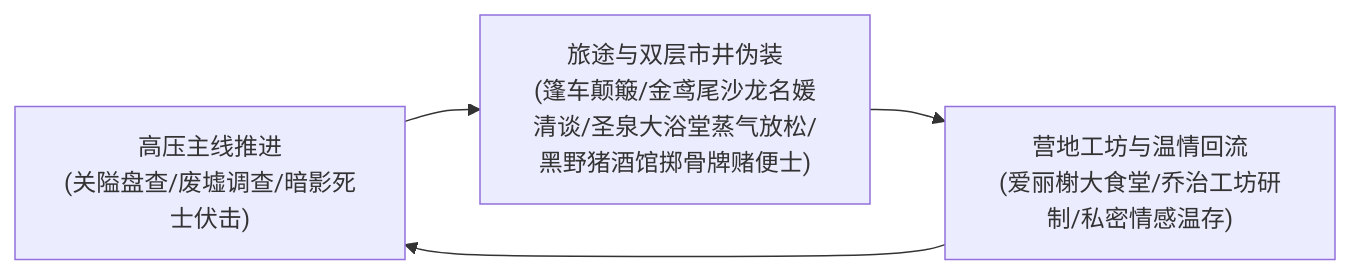
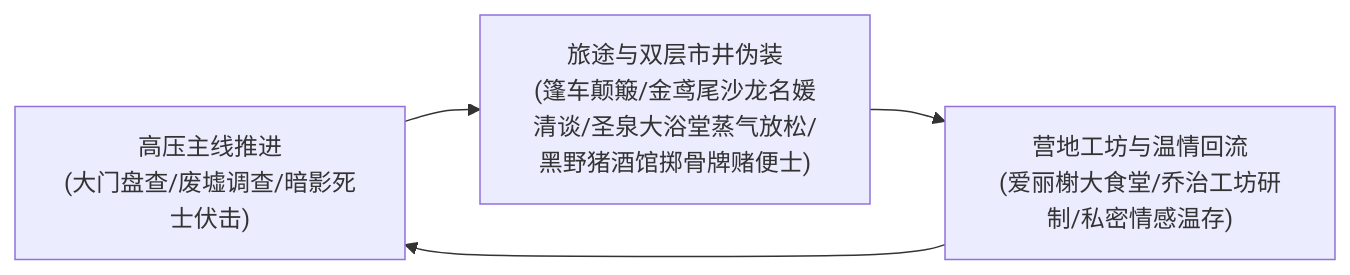
The first of 2 diagrams in 方案/第二部/主线与世界扩充方案/03_生活流张弛律动、营地温情后勤与工坊反差方案.md (soranokiseki1437/eldoria-worldbook), drawn with Mermaid before and after one commit. The commit also changed other lines of this file and 221 other files, not shown here.

````diff
--- a/方案/第二部/主线与世界扩充方案/03_生活流张弛律动、营地温情后勤与工坊反差方案.md
+++ b/方案/第二部/主线与世界扩充方案/03_生活流张弛律动、营地温情后勤与工坊反差方案.md
@@ -12,6 +12,6 @@
 ```mermaid
 graph LR
-    A["高压主线推进<br/>(关隘盘查/废墟调查/暗影死士伏击)"] --> B["旅途与双层市井伪装<br/>(篷车颠簸/金鸢尾沙龙名媛清谈/圣泉大浴堂蒸气放松/黑野猪酒馆掷骨牌赌便士)"]
+    A["高压主线推进<br/>(大门盘查/废墟调查/暗影死士伏击)"] --> B["旅途与双层市井伪装<br/>(篷车颠簸/金鸢尾沙龙名媛清谈/圣泉大浴堂蒸气放松/黑野猪酒馆掷骨牌赌便士)"]
     B --> C["营地工坊与温情回流<br/>(爱丽榭大食堂/乔治工坊研制/私密情感温存)"]
     C --> A
 ```
````
